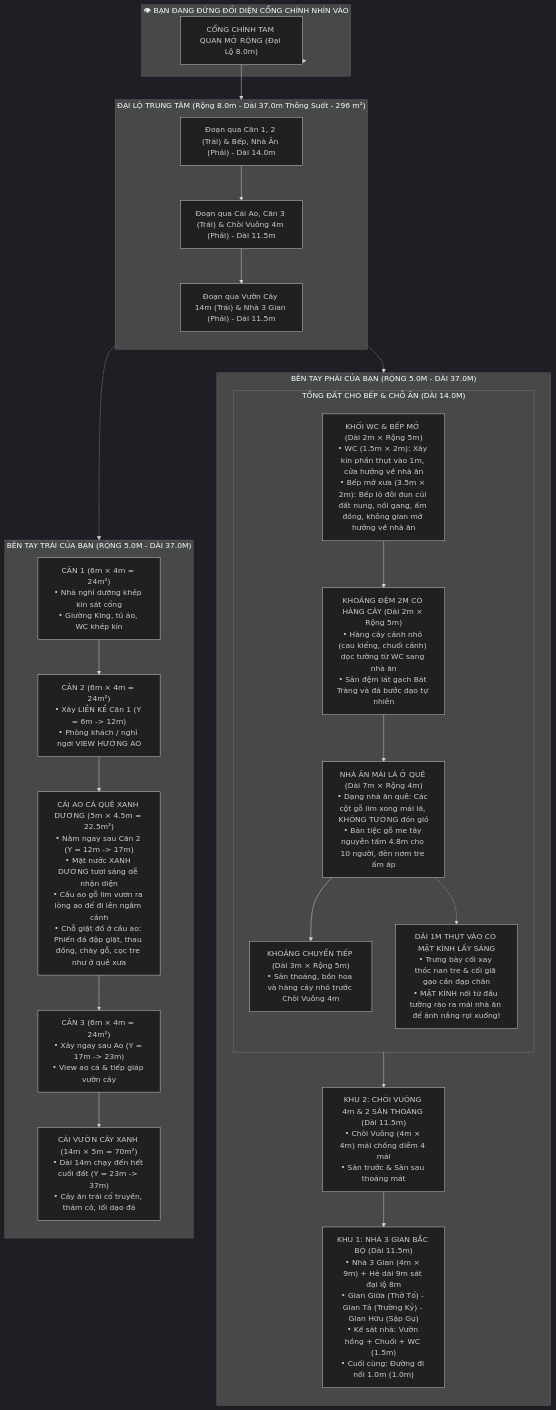
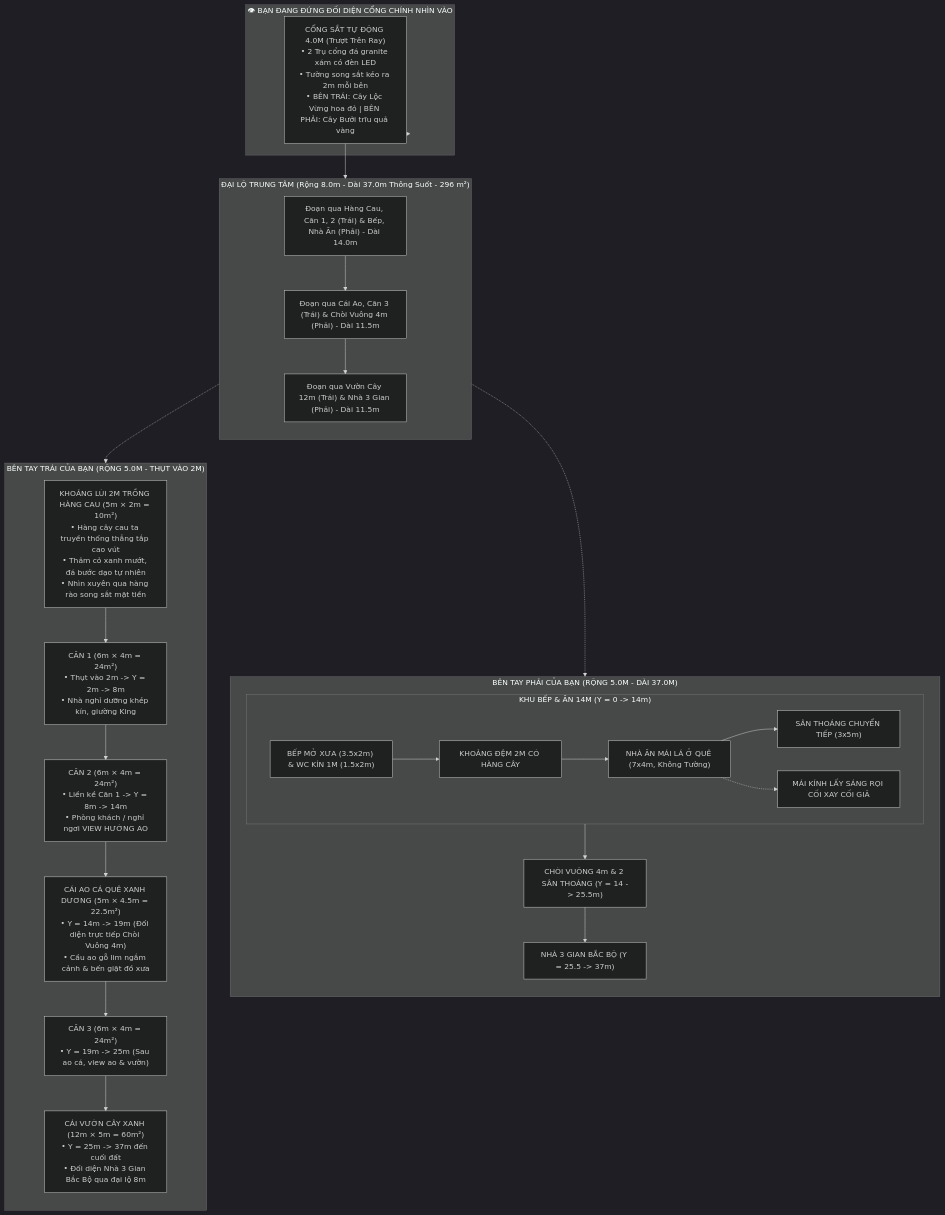
The diagram in ban_thiet_ke_khu_nha_dong_ho.md (Saikase/khu-nha-dong-ho), drawn with Mermaid (dark theme) before and after one commit. The commit also changed other lines of this file and 16 other files, not shown here.

Commit message:
feat(architecture): cong sat tu dong 4m, song sat buoi/loc vung, hang cau ta 2m day trai

````diff
--- a/ban_thiet_ke_khu_nha_dong_ho.md
+++ b/ban_thiet_ke_khu_nha_dong_ho.md
@@ -29,81 +37,62 @@
 ```mermaid
 flowchart TD
     subgraph OBSERVE["👁 BẠN ĐANG ĐỨNG ĐỐI DIỆN CỔNG CHÍNH NHÌN VÀO"]
-        GATE["CỔNG CHÍNH TAM QUAN MỞ RỘNG (Đại Lộ 8.0m)"]
+        GATE["CỔNG SẮT TỰ ĐỘNG 4.0M (Trượt Trên Ray)
+• 2 Trụ cổng đá granite xám có đèn LED
+• Tường song sắt kéo ra 2m mỗi bên
+• BÊN TRÁI: Cây Lộc Vừng hoa đỏ | BÊN PHẢI: Cây Bưởi trĩu quả vàng"]
     end
 
     subgraph DUONG_CHINH["ĐẠI LỘ TRUNG TÂM (Rộng 8.0m - Dài 37.0m Thông Suốt - 296 m²)"]
         direction TB
-        ROAD_P1["Đoạn qua Căn 1, 2 (Trái) & Bếp, Nhà Ăn (Phải) - Dài 14.0m"]
+        ROAD_P1["Đoạn qua Hàng Cau, Căn 1, 2 (Trái) & Bếp, Nhà Ăn (Phải) - Dài 14.0m"]
         ROAD_P2["Đoạn qua Cái Ao, Căn 3 (Trái) & Chòi Vuông 4m (Phải) - Dài 11.5m"]
-        ROAD_P3["Đoạn qua Vườn Cây 14m (Trái) & Nhà 3 Gian (Phải) - Dài 11.5m"]
+        ROAD_P3["Đoạn qua Vườn Cây 12m (Trái) & Nhà 3 Gian (Phải) - Dài 11.5m"]
         ROAD_P1 --> ROAD_P2 --> ROAD_P3
     end
 
-    subgraph TAY_TRAI["BÊN TAY TRÁI CỦA BẠN (RỘNG 5.0M - DÀI 37.0M)"]
+    subgraph TAY_TRAI["BÊN TAY TRÁI CỦA BẠN (RỘNG 5.0M - THỤT VÀO 2M)"]
         direction TB
+        CAU["KHOẢNG LÙI 2M TRỒNG HÀNG CAU (5m × 2m = 10m²)
+• Hàng cây cau ta truyền thống thẳng tắp cao vút
+• Thảm cỏ xanh mướt, đá bước dạo tự nhiên
+• Nhìn xuyên qua hàng rào song sắt mặt tiền"]
+
         C1["CĂN 1 (6m × 4m = 24m²)
-• Nhà nghỉ dưỡng khép kín sát cổng
-• Giường King, tủ áo, WC khép kín"]
+• Thụt vào 2m -> Y = 2m -> 8m
+• Nhà nghỉ dưỡng khép kín, giường King"]
 
         C2["CĂN 2 (6m × 4m = 24m²)
-• Xây LIỀN KỀ Căn 1 (Y = 6m -> 12m)
+• Liền kề Căn 1 -> Y = 8m -> 14m
 • Phòng khách / nghỉ ngơi VIEW HƯỚNG AO"]
 
         AO["CÁI AO CÁ QUÊ XANH DƯƠNG (5m × 4.5m = 22.5m²)
-• Nằm ngay sau Căn 2 (Y = 12m -> 17m)
-• Mặt nước XANH DƯƠNG tươi sáng dễ nhận diện
-• Cầu ao gỗ lim vươn ra lòng ao để đi lên ngắm cảnh
-• Chỗ giặt đồ ở cầu ao: Phiến đá đập giặt, thau đồng, chày gỗ, cọc tre như ở quê xưa"]
+• Y = 14m -> 19m (Đối diện trực tiếp Chòi Vuông 4m)
+• Cầu ao gỗ lim ngắm cảnh & bến giặt đồ xưa"]
 
         C3["CĂN 3 (6m × 4m = 24m²)
-• Xây ngay sau Ao (Y = 17m -> 23m)
-• View ao cá & tiếp giáp vườn cây"]
+• Y = 19m -> 25m (Sau ao cá, view ao & vườn)"]
 
-        VUON["CÁI VƯỜN CÂY XANH (14m × 5m = 70m²)
-• Dài 14m chạy đến hết cuối đất (Y = 23m -> 37m)
-• Cây ăn trái cổ truyền, thảm cỏ, lối dạo đá"]
+        VUON["CÁI VƯỜN CÂY XANH (12m × 5m = 60m²)
+• Y = 25m -> 37m đến cuối đất
+• Đối diện Nhà 3 Gian Bắc Bộ qua đại lộ 8m"]
 
-        C1 --> C2 --> AO --> C3 --> VUON
+        CAU --> C1 --> C2 --> AO --> C3 --> VUON
     end
 
     subgraph TAY_PHAI["BÊN TAY PHẢI CỦA BẠN (RỘNG 5.0M - DÀI 37.0M)"]
         direction TB
-        subgraph DAT_14M["TỔNG ĐẤT CHO BẾP & CHỖ ĂN (DÀI 14.0M)"]
-            direction TB
-            WC_BEP["KHỐI WC & BẾP MỞ (Dài 2m × Rộng 5m)
-• WC (1.5m × 2m): Xây kín phần thụt vào 1m, cửa hướng về nhà ăn
-• Bếp mở xưa (3.5m × 2m): Bếp lò đôi đun củi đất nung, nồi gang, ấm đồng, không gian mở hướng về nhà ăn"]
-            
-            DEM_2M["KHOẢNG ĐỆM 2M CÓ HÀNG CÂY (Dài 2m × Rộng 5m)
-• Hàng cây cảnh nhỏ (cau kiểng, chuối cảnh) dọc tường từ WC sang nhà ăn
-• Sân đệm lát gạch Bát Tràng và đá bước dạo tự nhiên"]
-            
-            NHA_AN["NHÀ ĂN MÁI LÁ Ở QUÊ (Dài 7m × Rộng 4m)
-• Dạng nhà ăn quê: Các cột gỗ lim xong mái lá, KHÔNG TƯỜNG đón gió
-• Bàn tiệc gỗ me tây nguyên tấm 4.8m cho 10 người, đèn nơm tre ấm áp"]
-            
-            KY_VAT["DẢI 1M THỤT VÀO CÓ MẶT KÍNH LẤY SÁNG
-• Trưng bày cối xay thóc nan tre & cối giã gạo cần đạp chân
-• MẶT KÍNH nối từ đầu tường rào ra mái nhà ăn để ánh nắng rọi xuống!"]
-            
-            CHUYEN_TIEP["KHOẢNG CHUYỂN TIẾP (Dài 3m × Rộng 5m)
-• Sân thoáng, bồn hoa và hàng cây nhỏ trước Chòi Vuông 4m"]
-
+        subgraph DAT_14M["KHU BẾP & ĂN 14M (Y = 0 -> 14m)"]
+            WC_BEP["BẾP MỞ XƯA (3.5x2m) & WC KÍN 1M (1.5x2m)"]
+            DEM_2M["KHOẢNG ĐỆM 2M CÓ HÀNG CÂY"]
+            NHA_AN["NHÀ ĂN MÁI LÁ Ở QUÊ (7x4m, Không Tường)"]
+            KY_VAT["MÁI KÍNH LẤY SÁNG RỌI CỐI XAY CỐI GIÃ"]
+            CHUYEN_TIEP["SÂN THOÁNG CHUYỂN TIẾP (3x5m)"]
             WC_BEP --> DEM_2M --> NHA_AN --> CHUYEN_TIEP
             NHA_AN -.-> KY_VAT
         end
-
-        K2["KHU 2: CHÒI VUÔNG 4m & 2 SÂN THOÁNG (Dài 11.5m)
-• Chòi Vuông (4m × 4m) mái chồng diêm 4 mái
-• Sân trước & Sân sau thoáng mát"]
-
-        K1["KHU 1: NHÀ 3 GIAN BẮC BỘ (Dài 11.5m)
-• Nhà 3 Gian (4m × 9m) + Hè dài 9m sát đại lộ 8m
-• Gian Giữa (Thờ Tổ) - Gian Tả (Trường Kỷ) - Gian Hữu (Sập Gụ)
-• Kế sát nhà: Vườn hồng + Chuối + WC (1.5m)
-• Cuối cùng: Đường đi nối 1.0m (1.0m)"]
-
+        K2["CHÒI VUÔNG 4m & 2 SÂN THOÁNG (Y = 14 -> 25.5m)"]
+        K1["NHÀ 3 GIAN BẮC BỘ (Y = 25.5 -> 37m)"]
         DAT_14M --> K2 --> K1
     end
 
````
